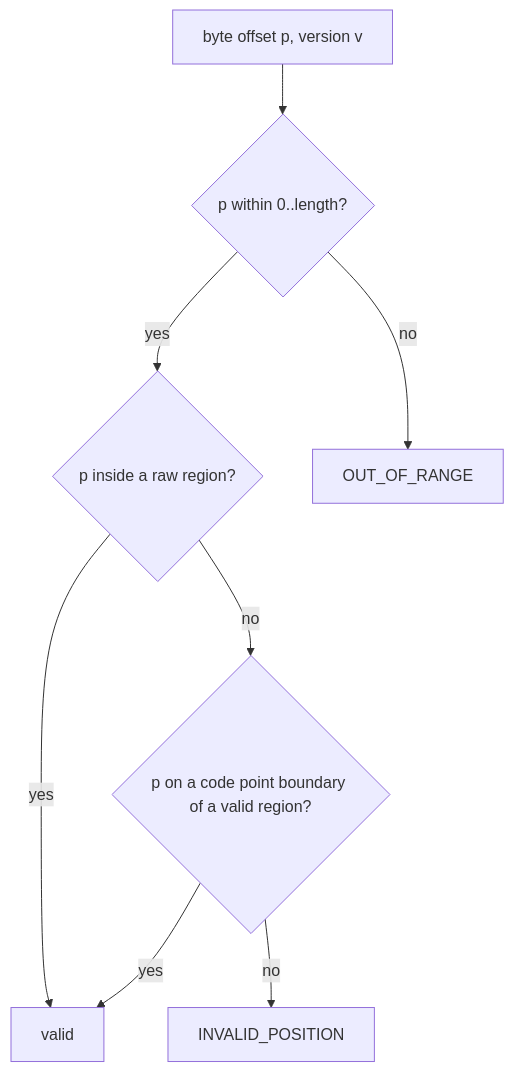
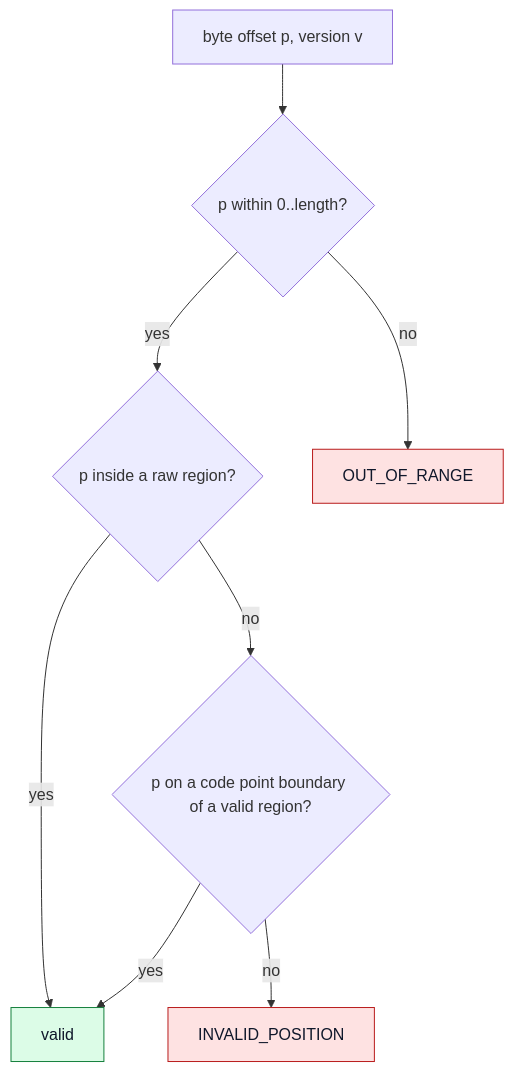
The diagram in docs/kernel/positions-and-ranges.md (cdin-editor/spec), drawn with Mermaid before and after one commit. The commit also changed other lines of this file and 8 other files, not shown here.

````diff
--- a/docs/kernel/positions-and-ranges.md
+++ b/docs/kernel/positions-and-ranges.md
@@ -25,18 +25,22 @@
 ```mermaid
 flowchart TB
     P["byte offset p, version v"]
     L{"p within 0..length?"}
     R{"p inside a raw region?"}
     V{"p on a code point boundary of a valid region?"}
     OK["valid"]
     E1["OUT_OF_RANGE"]
     E2["INVALID_POSITION"]
 
     P --> L
     L -- "no" --> E1
     L -- "yes" --> R
     R -- "yes" --> OK
     R -- "no" --> V
     V -- "yes" --> OK
     V -- "no" --> E2
+    classDef bad fill:#fee2e2,stroke:#b91c1c,color:#0f172a
+    classDef ok fill:#dcfce7,stroke:#15803d,color:#0f172a
+    class E1,E2 bad
+    class OK ok
 ```
````
